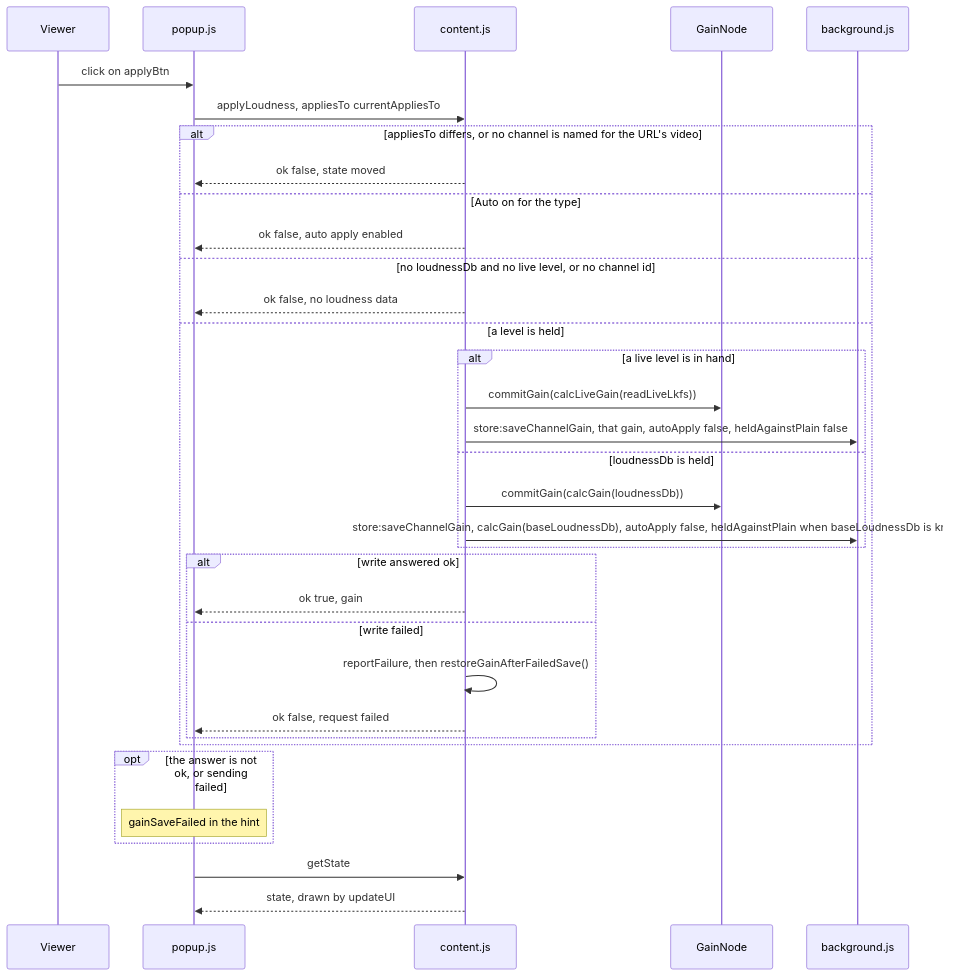
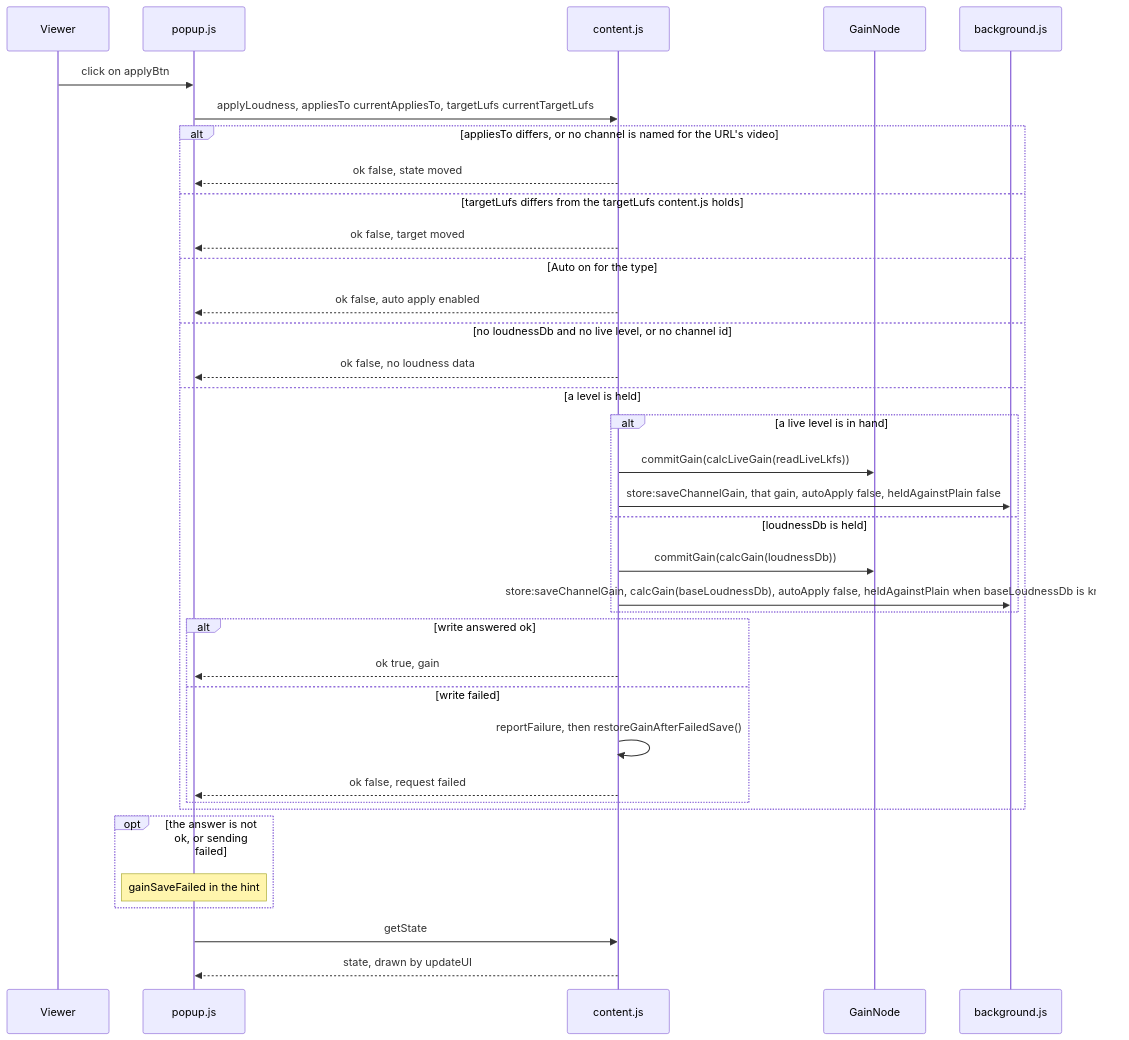
The fifth of 14 diagrams in docs/gain-change-and-save.md (semnil/yt-channel-volume), drawn with Mermaid before and after one commit. The commit also changed other lines of this file and 6 other files, not shown here.

Commit message:
fix: refuse an Apply made with a target the tab no longer holds

````diff
--- a/docs/gain-change-and-save.md
+++ b/docs/gain-change-and-save.md
@@ -255,36 +255,38 @@
 ```mermaid
 sequenceDiagram
   participant V as Viewer
   participant P as popup.js
   participant C as content.js
   participant G as GainNode
   participant W as background.js
   V->>P: click on applyBtn
-  P->>C: applyLoudness, appliesTo currentAppliesTo
+  P->>C: applyLoudness, appliesTo currentAppliesTo, targetLufs currentTargetLufs
   alt appliesTo differs, or no channel is named for the URL's video
     C-->>P: ok false, state moved
+  else targetLufs differs from the targetLufs content.js holds
+    C-->>P: ok false, target moved
   else Auto on for the type
     C-->>P: ok false, auto apply enabled
   else no loudnessDb and no live level, or no channel id
     C-->>P: ok false, no loudness data
   else a level is held
     alt a live level is in hand
       C->>G: commitGain(calcLiveGain(readLiveLkfs))
       C->>W: store:saveChannelGain, that gain, autoApply false, heldAgainstPlain false
     else loudnessDb is held
       C->>G: commitGain(calcGain(loudnessDb))
       C->>W: store:saveChannelGain, calcGain(baseLoudnessDb), autoApply false, heldAgainstPlain when baseLoudnessDb is known
     end
     alt write answered ok
       C-->>P: ok true, gain
     else write failed
       C->>C: reportFailure, then restoreGainAfterFailedSave()
       C-->>P: ok false, request failed
     end
   end
   opt the answer is not ok, or sending failed
     Note over P: gainSaveFailed in the hint
   end
   P->>C: getState
   C-->>P: state, drawn by updateUI
 ```
````
